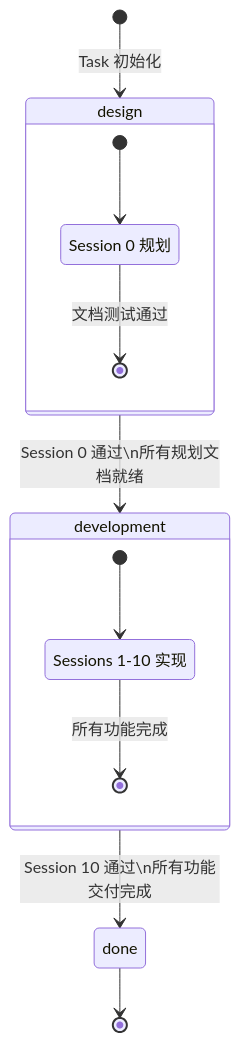
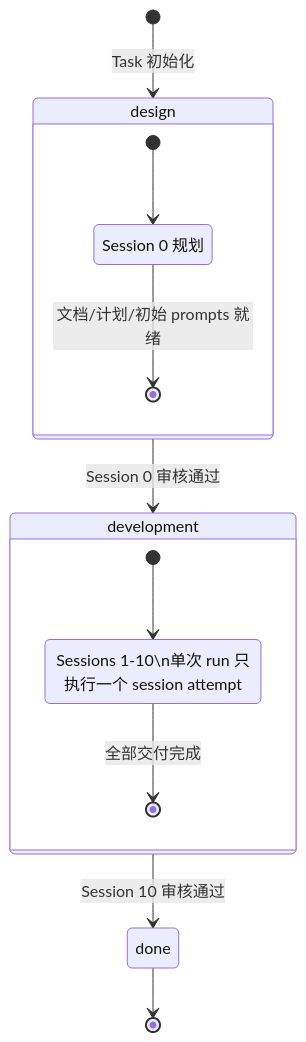
The first of 6 diagrams in docs/workflow-standard.md (qi9zg202-source/vibecodingworkflow), drawn with Mermaid before and after one commit. The commit also changed other lines of this file and 209 other files, not shown here.

````diff
--- a/docs/workflow-standard.md
+++ b/docs/workflow-standard.md
@@ -13,19 +15,19 @@
 ```mermaid
 stateDiagram-v2
     [*] --> design : Task 初始化
-    design --> development : Session 0 通过\n所有规划文档就绪
-    development --> done : Session 10 通过\n所有功能交付完成
+    design --> development : Session 0 审核通过
+    development --> done : Session 10 审核通过
     done --> [*]
 
     state design {
         [*] --> S0
         S0 : Session 0 规划
-        S0 --> [*] : 文档测试通过
+        S0 --> [*] : 文档/计划/初始 prompts 就绪
     }
 
     state development {
-        [*] --> S1_10
-        S1_10 : Sessions 1-10 实现
-        S1_10 --> [*] : 所有功能完成
+        [*] --> SN
+        SN : Sessions 1-10\n单次 run 只执行一个 session attempt
+        SN --> [*] : 全部交付完成
     }
 ```
````
